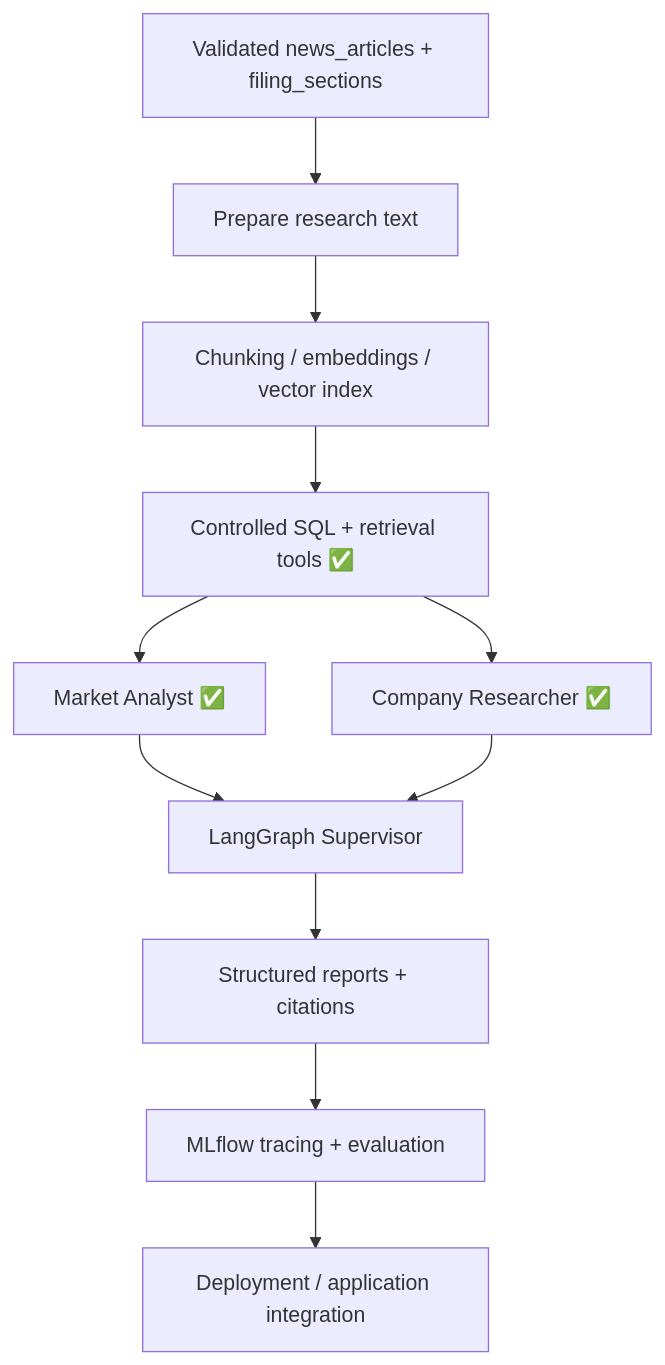
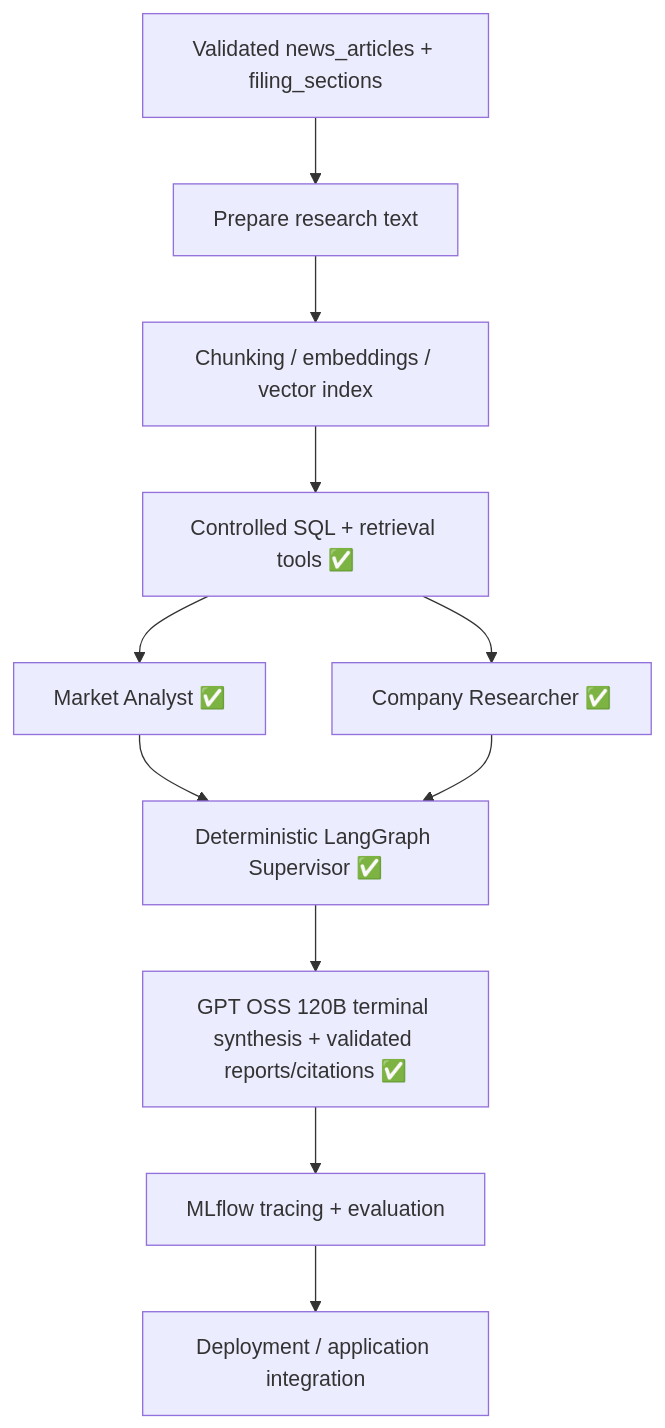
One commit to maghdam/multi-agent-equity-research-system-on-databricks changed the second of 2 diagrams in PLAN.md. Above: the diagram before and after it, drawn with Mermaid. The commit also changed other lines of this file, not shown here.

Commit message:
docs: record live-verified Supervisor architecture

````diff
--- a/PLAN.md
+++ b/PLAN.md
@@ -67,17 +67,17 @@
 ```mermaid
 flowchart TB
     A["Validated news_articles + filing_sections"]
     A --> B["Prepare research text"]
     B --> C["Chunking / embeddings / vector index"]
     C --> D["Controlled SQL + retrieval tools ✅"]
 
     D --> E1["Market Analyst ✅"]
     D --> E2["Company Researcher ✅"]
 
-    E1 --> F["LangGraph Supervisor"]
+    E1 --> F["Deterministic LangGraph Supervisor ✅"]
     E2 --> F
 
-    F --> G["Structured reports + citations"]
+    F --> G["GPT OSS 120B terminal synthesis + validated reports/citations ✅"]
     G --> H["MLflow tracing + evaluation"]
     H --> I["Deployment / application integration"]
 ```
````
